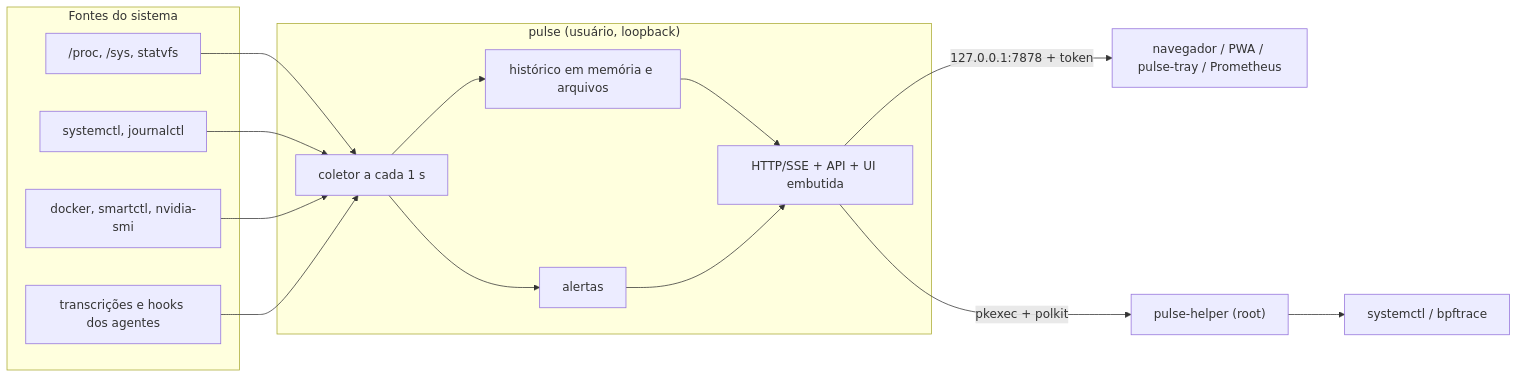
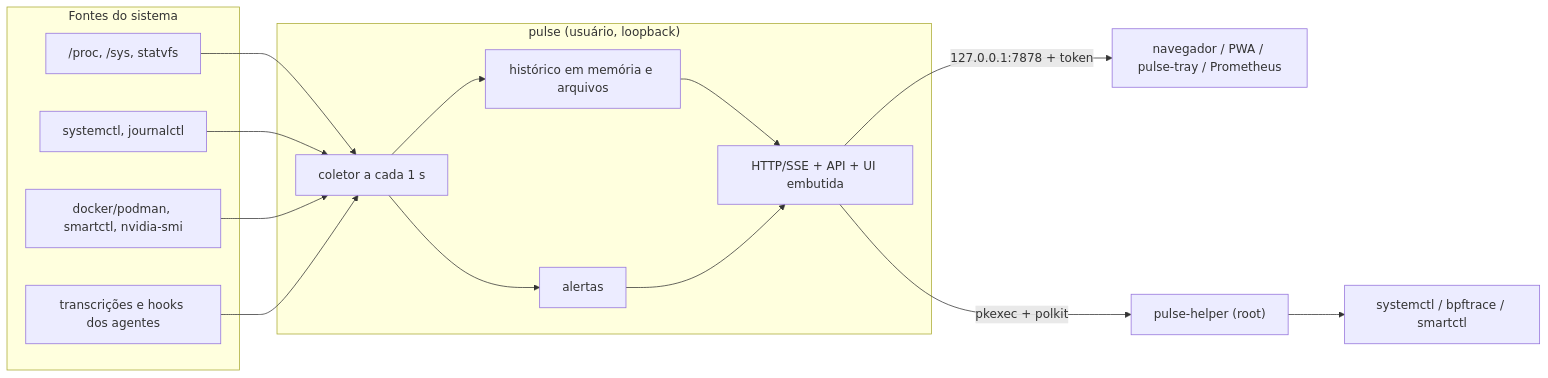
One commit to JoaoVictorAAbreu-Dev/pulse-linux-monitor changed the diagram in README.md. Above: the diagram before and after it, drawn with Mermaid. The commit also changed other lines of this file and 22 other files, not shown here.

````diff
--- a/README.md
+++ b/README.md
@@ -140,26 +144,26 @@
 ```mermaid
 flowchart LR
   subgraph Fontes["Fontes do sistema"]
     K["/proc, /sys, statvfs"]
     S["systemctl, journalctl"]
-    X["docker, smartctl, nvidia-smi"]
+    X["docker/podman, smartctl, nvidia-smi"]
     T["transcrições e hooks dos agentes"]
   end
   subgraph Daemon["pulse (usuário, loopback)"]
     C["coletor a cada 1 s"]
     H["histórico em memória e arquivos"]
     A["alertas"]
     W["HTTP/SSE + API + UI embutida"]
   end
   K --> C
   S --> C
   X --> C
   T --> C
   C --> H
   C --> A
   H --> W
   A --> W
   W -->|"127.0.0.1:7878 + token"| B["navegador / PWA / pulse-tray / Prometheus"]
   W -->|"pkexec + polkit"| P["pulse-helper (root)"]
-  P --> PS["systemctl / bpftrace"]
+  P --> PS["systemctl / bpftrace / smartctl"]
 ```
````
